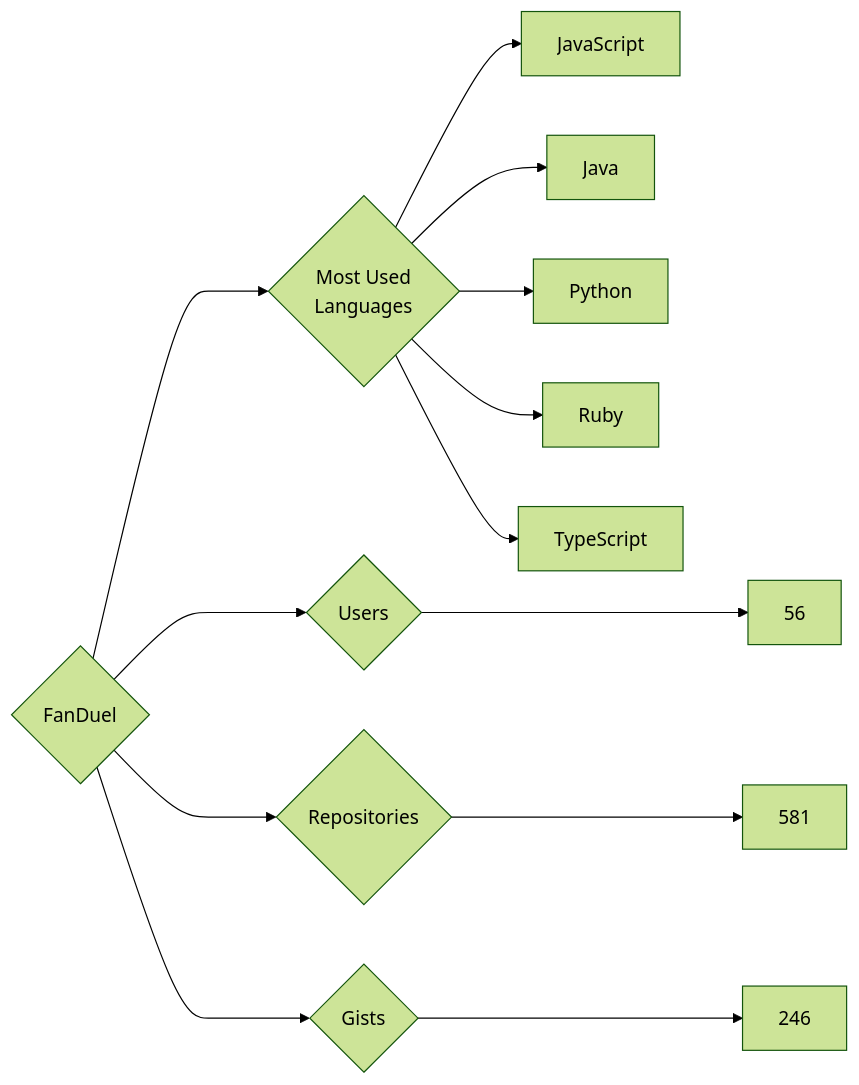
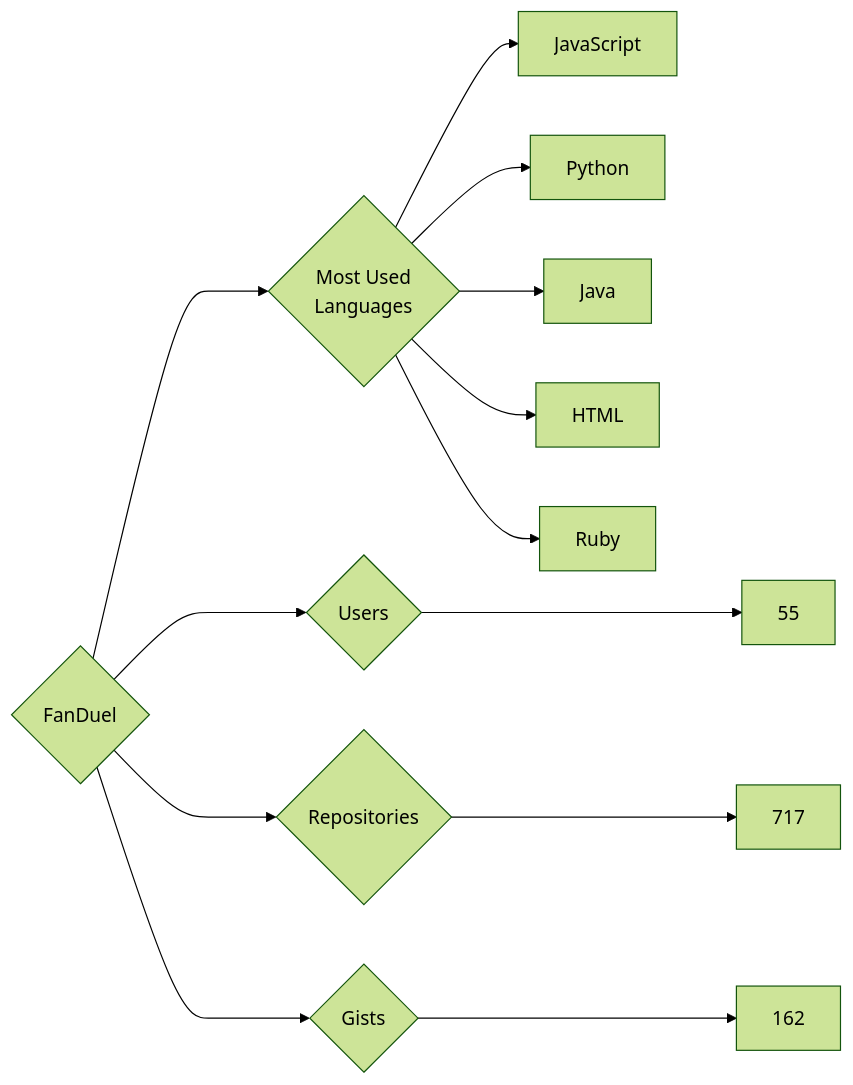
The diagram in targets/FanDuel/README.md (trickest/insiders), drawn with Mermaid (forest theme) before and after one commit. The commit also changed 569 other files, not shown here.

````diff
--- a/targets/FanDuel/README.md
+++ b/targets/FanDuel/README.md
@@ -3,13 +3,13 @@
 ```mermaid
 graph LR
 COMPANY_NAME{FanDuel}
-COMPANY_NAME ---> U{Users} ---> UN[56]
-COMPANY_NAME ---> R{Repositories} ---> RN[581]
-COMPANY_NAME ---> G{Gists} ---> GN[246]
+COMPANY_NAME ---> U{Users} ---> UN[55]
+COMPANY_NAME ---> R{Repositories} ---> RN[717]
+COMPANY_NAME ---> G{Gists} ---> GN[162]
 COMPANY_NAME ---> ML{Most Used<br>Languages}
 ML --> JavaScript[JavaScript]
+ML --> Python[Python]
 ML --> Java[Java]
-ML --> Python[Python]
+ML --> HTML[HTML]
 ML --> Ruby[Ruby]
-ML --> TypeScript[TypeScript]
 ```
````
